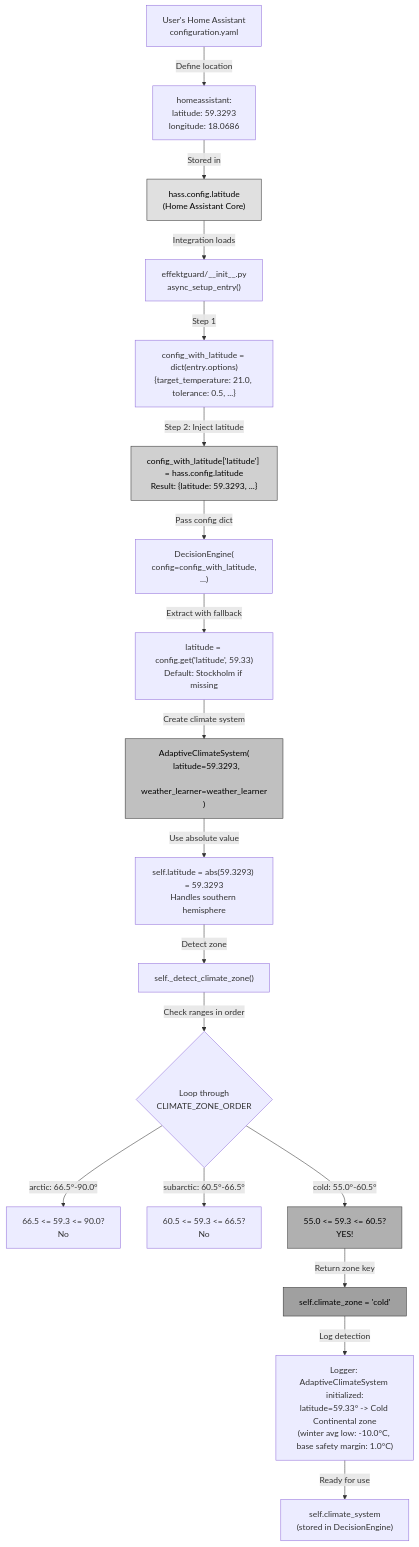
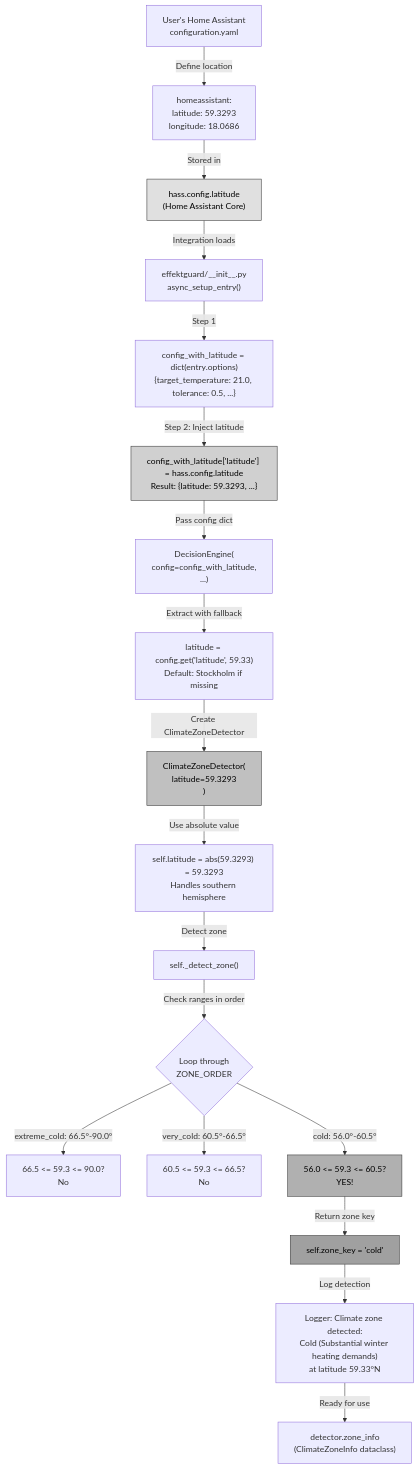
Before and after one commit to enoch85/EffektGuard: the first of 5 diagrams in docs/architecture/10_adaptive_climate_zones.md, drawn with Mermaid. The commit also changed other lines of this file and 6 other files, not shown here.

First line of the commit message:
Refine climate zone definitions and thresholds in documentation

````diff
--- a/docs/architecture/10_adaptive_climate_zones.md
+++ b/docs/architecture/10_adaptive_climate_zones.md
@@ -19,38 +19,38 @@
 ```mermaid
 flowchart TD
     A["User's Home Assistant<br/>configuration.yaml"] -->|Define location| B["homeassistant:<br/>  latitude: 59.3293<br/>  longitude: 18.0686"]
     B -->|Stored in| C["hass.config.latitude<br/>(Home Assistant Core)"]
     
     C -->|Integration loads| D["effektguard/__init__.py<br/>async_setup_entry()"]
     
     D -->|Step 1| E["config_with_latitude = dict(entry.options)<br/>{target_temperature: 21.0, tolerance: 0.5, ...}"]
     E -->|Step 2: Inject latitude| F["config_with_latitude['latitude'] = hass.config.latitude<br/>Result: {latitude: 59.3293, ...}"]
     
     F -->|Pass config dict| G["DecisionEngine(<br/>  config=config_with_latitude,<br/>  ...)<br/>"]
     
     G -->|Extract with fallback| H["latitude = config.get('latitude', 59.33)<br/>Default: Stockholm if missing"]
     
-    H -->|Create climate system| I["AdaptiveClimateSystem(<br/>  latitude=59.3293,<br/>  weather_learner=weather_learner<br/>)"]
+    H -->|Create ClimateZoneDetector| I["ClimateZoneDetector(<br/>  latitude=59.3293<br/>)"]
     
     I -->|Use absolute value| J["self.latitude = abs(59.3293) = 59.3293<br/>Handles southern hemisphere"]
     
-    J -->|Detect zone| K["self._detect_climate_zone()"]
+    J -->|Detect zone| K["self._detect_zone()"]
     
-    K -->|Check ranges in order| L{Loop through<br/>CLIMATE_ZONE_ORDER}
+    K -->|Check ranges in order| L{Loop through<br/>ZONE_ORDER}
     
-    L -->|arctic: 66.5°-90.0°| M1["66.5 <= 59.3 <= 90.0?<br/>No"]
-    L -->|subarctic: 60.5°-66.5°| M2["60.5 <= 59.3 <= 66.5?<br/>No"]
-    L -->|cold: 55.0°-60.5°| M3["55.0 <= 59.3 <= 60.5?<br/>YES!"]
+    L -->|extreme_cold: 66.5°-90.0°| M1["66.5 <= 59.3 <= 90.0?<br/>No"]
+    L -->|very_cold: 60.5°-66.5°| M2["60.5 <= 59.3 <= 66.5?<br/>No"]
+    L -->|cold: 56.0°-60.5°| M3["56.0 <= 59.3 <= 60.5?<br/>YES!"]
     
-    M3 -->|Return zone key| N["self.climate_zone = 'cold'"]
+    M3 -->|Return zone key| N["self.zone_key = 'cold'"]
     
-    N -->|Log detection| O["Logger: AdaptiveClimateSystem initialized:<br/>latitude=59.33° -> Cold Continental zone<br/>(winter avg low: -10.0°C, base safety margin: 1.0°C)"]
+    N -->|Log detection| O["Logger: Climate zone detected:<br/>Cold (Substantial winter heating demands)<br/>at latitude 59.33°N"]
     
-    O -->|Ready for use| P["self.climate_system<br/>(stored in DecisionEngine)"]
+    O -->|Ready for use| P["detector.zone_info<br/>(ClimateZoneInfo dataclass)"]
     
     style C fill:#e0e0e0,stroke:#333,color:#000
     style F fill:#d0d0d0,stroke:#333,color:#000
     style I fill:#c0c0c0,stroke:#333,color:#000
     style M3 fill:#b0b0b0,stroke:#333,color:#000
     style N fill:#a0a0a0,stroke:#333,color:#000
 ```
````
